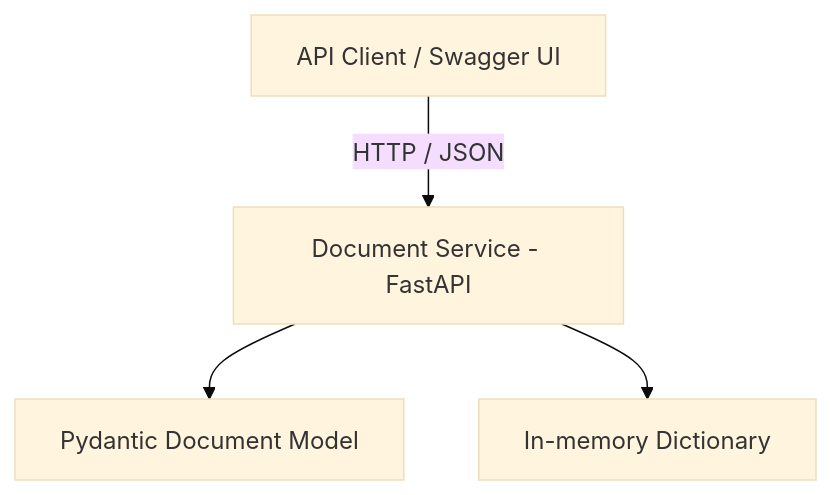
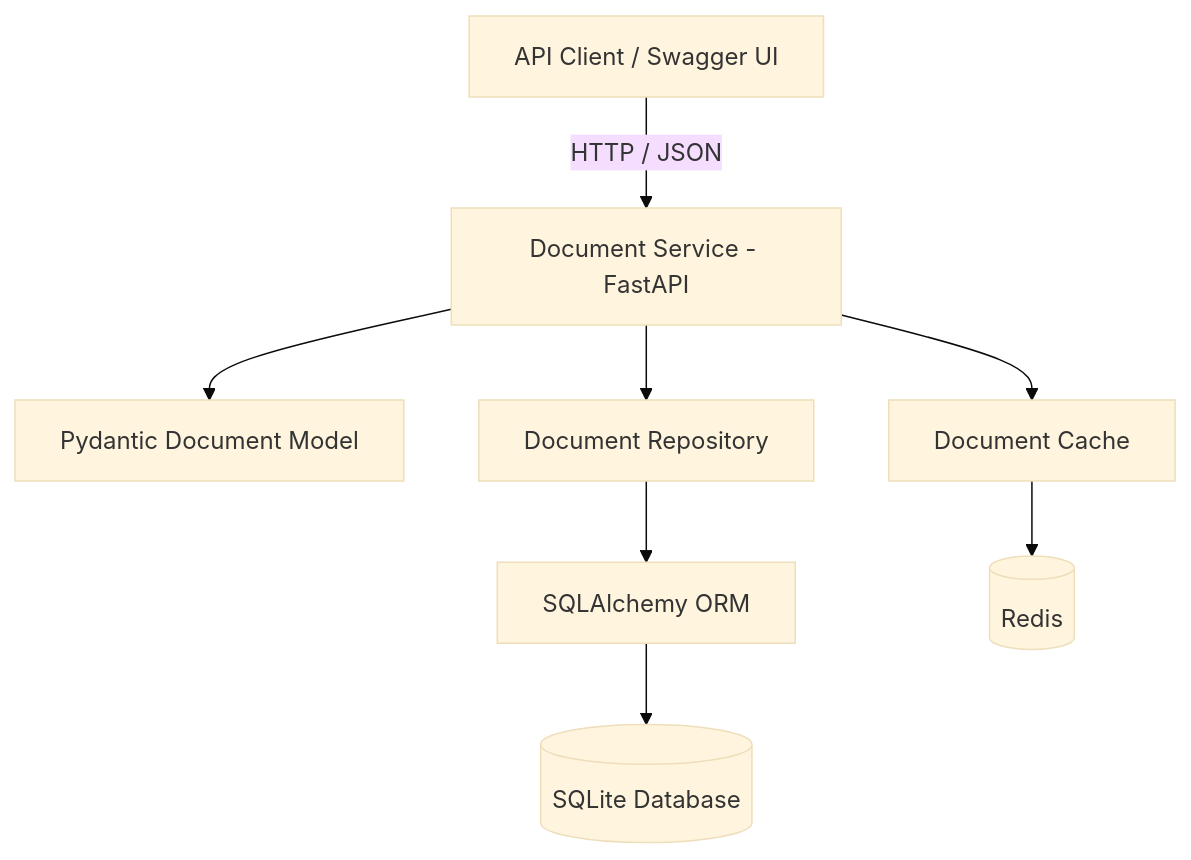
Before and after one commit to Abziii/semantic-search: the first of 4 diagrams in document-service/README.md, drawn with Mermaid (base theme). The commit also changed other lines of this file and 3 other files, not shown here.

````diff
--- a/document-service/README.md
+++ b/document-service/README.md
@@ -76,11 +101,19 @@
 ```mermaid
 flowchart TD
     Client[API Client / Swagger UI]
     API[Document Service - FastAPI]
     Model[Pydantic Document Model]
-    Storage[In-memory Dictionary]
+    Repository[Document Repository]
+    ORM[SQLAlchemy ORM]
+    Database[(SQLite Database)]
+    Cache[Document Cache]
+    Redis[(Redis)]
 
     Client -->|HTTP / JSON| API
     API --> Model
-    API --> Storage
+    API --> Repository
+    Repository --> ORM
+    ORM --> Database
+    API --> Cache
+    Cache --> Redis
 ```
````
